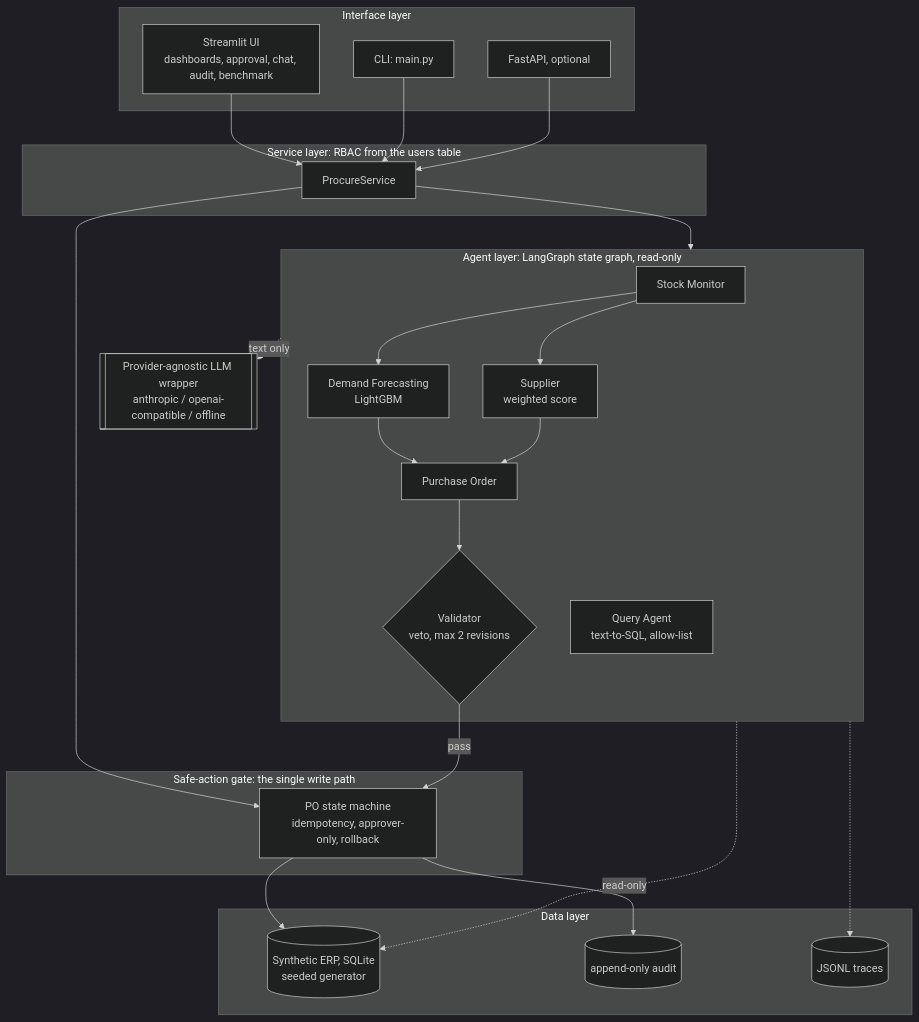
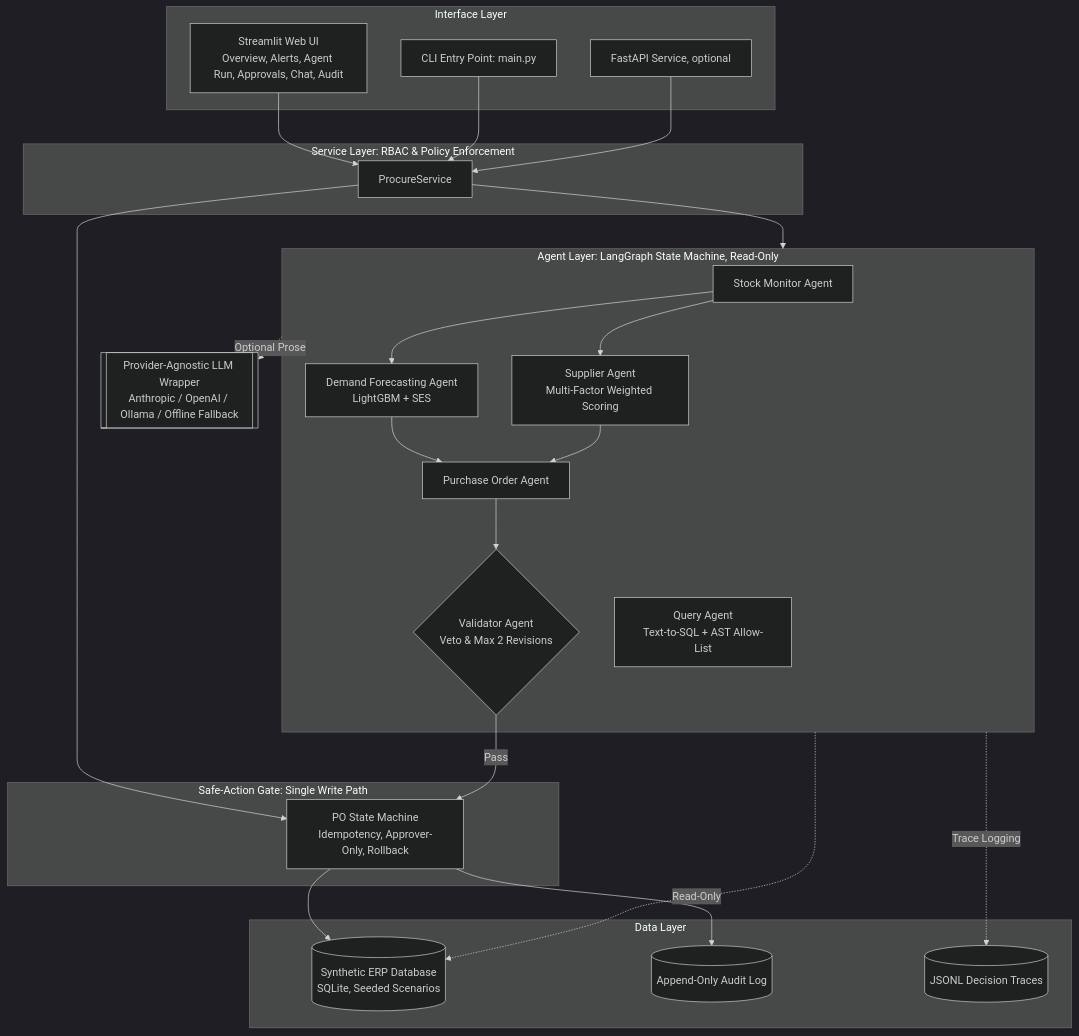
Before and after one commit to Arkeshak/ralypto-university: the diagram in README.md, drawn with Mermaid (dark theme). The commit also changed other lines of this file, not shown here.

Commit message:
docs: update README with UI walkthrough, architecture details, and verification badges

````diff
--- a/README.md
+++ b/README.md
@@ -47,37 +44,37 @@
 ```mermaid
 flowchart TB
-    subgraph UI[Interface layer]
-        ST[Streamlit UI<br/>dashboards, approval, chat, audit, benchmark]
-        CLI[CLI: main.py]
-        API[FastAPI, optional]
+    subgraph UI[Interface Layer]
+        ST[Streamlit Web UI<br/>Overview, Alerts, Agent Run, Approvals, Chat, Audit]
+        CLI[CLI Entry Point: main.py]
+        API[FastAPI Service, optional]
     end
-    subgraph SVC[Service layer: RBAC from the users table]
+    subgraph SVC[Service Layer: RBAC & Policy Enforcement]
         S[ProcureService]
     end
-    subgraph AG[Agent layer: LangGraph state graph, read-only]
-        SM[Stock Monitor] --> FC[Demand Forecasting<br/>LightGBM]
-        SM --> SU[Supplier<br/>weighted score]
-        FC --> PO[Purchase Order]
+    subgraph AG[Agent Layer: LangGraph State Machine, Read-Only]
+        SM[Stock Monitor Agent] --> FC[Demand Forecasting Agent<br/>LightGBM + SES]
+        SM --> SU[Supplier Agent<br/>Multi-Factor Weighted Scoring]
+        FC --> PO[Purchase Order Agent]
         SU --> PO
-        PO --> VA{Validator<br/>veto, max 2 revisions}
-        QA[Query Agent<br/>text-to-SQL, allow-list]
+        PO --> VA{Validator Agent<br/>Veto & Max 2 Revisions}
+        QA[Query Agent<br/>Text-to-SQL + AST Allow-List]
     end
-    subgraph GATE[Safe-action gate: the single write path]
-        G[PO state machine<br/>idempotency, approver-only, rollback]
+    subgraph GATE[Safe-Action Gate: Single Write Path]
+        G[PO State Machine<br/>Idempotency, Approver-Only, Rollback]
     end
-    subgraph DATA[Data layer]
-        DB[(Synthetic ERP, SQLite<br/>seeded generator)]
-        AU[(append-only audit)]
-        TR[(JSONL traces)]
+    subgraph DATA[Data Layer]
+        DB[(Synthetic ERP Database<br/>SQLite, Seeded Scenarios)]
+        AU[(Append-Only Audit Log)]
+        TR[(JSONL Decision Traces)]
     end
-    LLM[[Provider-agnostic LLM wrapper<br/>anthropic / openai-compatible / offline]]
+    LLM[[Provider-Agnostic LLM Wrapper<br/>Anthropic / OpenAI / Ollama / Offline Fallback]]
     ST & CLI & API --> S
     S --> AG
     S --> G
-    VA -- pass --> G
+    VA -- Pass --> G
     G --> DB
     G --> AU
-    AG -. read-only .-> DB
-    AG -. text only .-> LLM
-    AG -.-> TR
+    AG -. Read-Only .-> DB
+    AG -. Optional Prose .-> LLM
+    AG -. Trace Logging .-> TR
 ```
````
